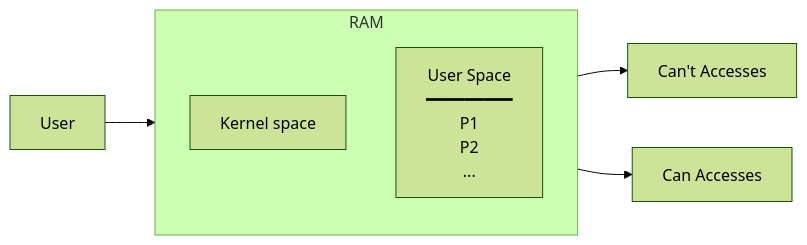
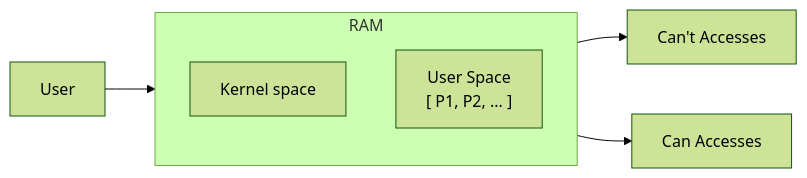
Before and after one commit to Duc-Lee/LLMserving_GPUoptimization: the second of 10 diagrams in OperatingSystem/OS_scratch/Concepts_OS/Intro_OS/Lession4.md, drawn with Mermaid (forest theme). The commit also changed other lines of this file, not shown here.

````diff
--- a/OperatingSystem/OS_scratch/Concepts_OS/Intro_OS/Lession4.md
+++ b/OperatingSystem/OS_scratch/Concepts_OS/Intro_OS/Lession4.md
@@ -21,14 +21,14 @@
 ```mermaid
 flowchart LR
     USER["User"]
 
     subgraph RAM ["RAM"]
         direction TB
         KS["Kernel space"]
-        US["User Space<br/>━━━━━━━━━<br/>P1<br/>P2<br/>..."]
+        US["User Space<br/>[ P1, P2, ... ]"]
     end
 
     USER --> US
     KS --> NO_ACC["Can't Accesses"]
     US --> CAN_ACC["Can Accesses"]
 ```
````
